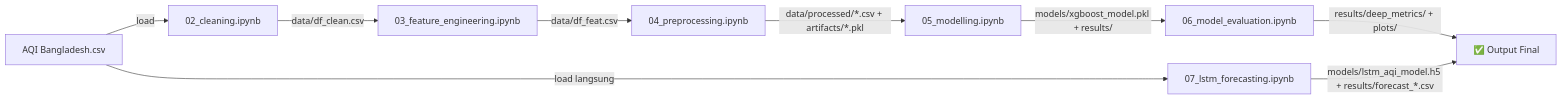
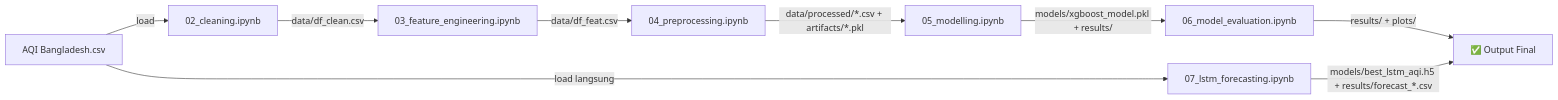
Before and after one commit to faizhuda/daming-kelompok-7: the first of 2 diagrams in README.md, drawn with Mermaid. The commit also changed other lines of this file and 12 other files, not shown here.

````diff
--- a/README.md
+++ b/README.md
@@ -140,11 +157,11 @@
 ```mermaid
 graph LR
     Raw["AQI Bangladesh.csv"] -->|load| N02["02_cleaning.ipynb"]
     N02 -->|data/df_clean.csv| N03["03_feature_engineering.ipynb"]
     N03 -->|data/df_feat.csv| N04["04_preprocessing.ipynb"]
     N04 -->|data/processed/*.csv + artifacts/*.pkl| N05["05_modelling.ipynb"]
     N05 -->|models/xgboost_model.pkl + results/| N06["06_model_evaluation.ipynb"]
-    N06 -->|results/deep_metrics/ + plots/| Done["✅ Output Final"]
+    N06 -->|results/ + plots/| Done["✅ Output Final"]
     Raw -->|load langsung| N07["07_lstm_forecasting.ipynb"]
-    N07 -->|models/lstm_aqi_model.h5 + results/forecast_*.csv| Done
+    N07 -->|models/best_lstm_aqi.h5 + results/forecast_*.csv| Done
 ```
````
